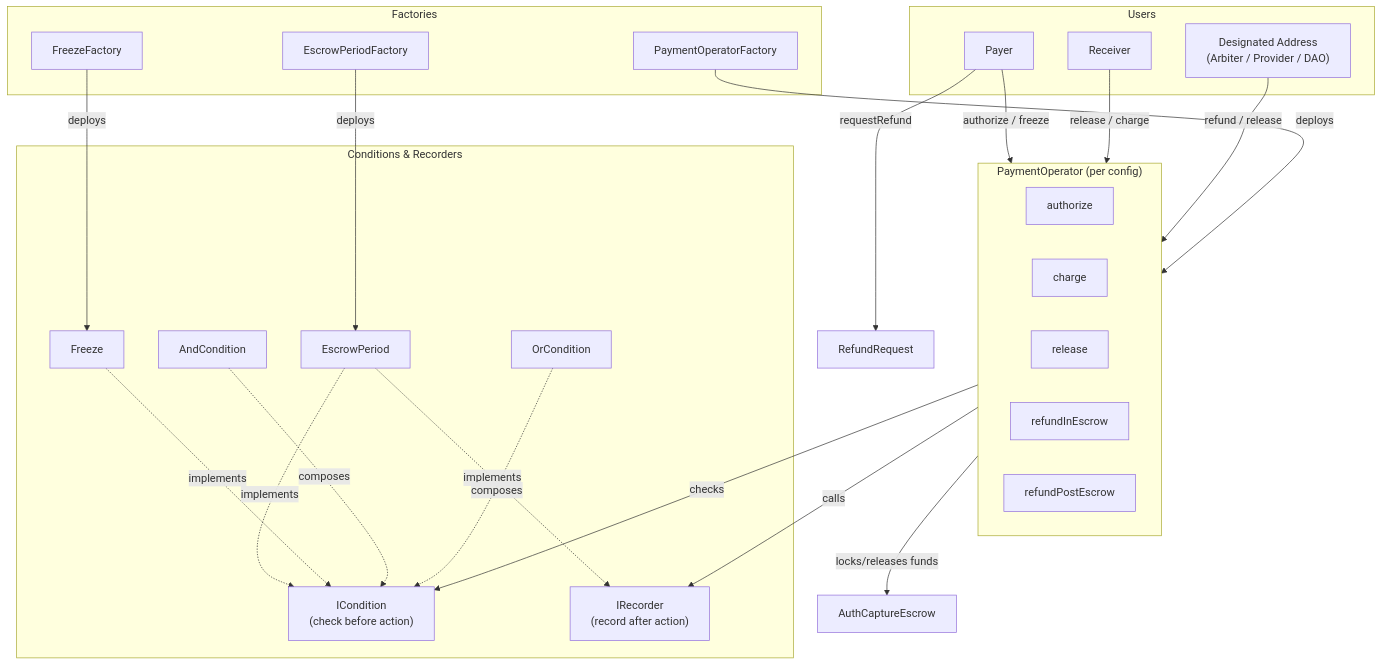
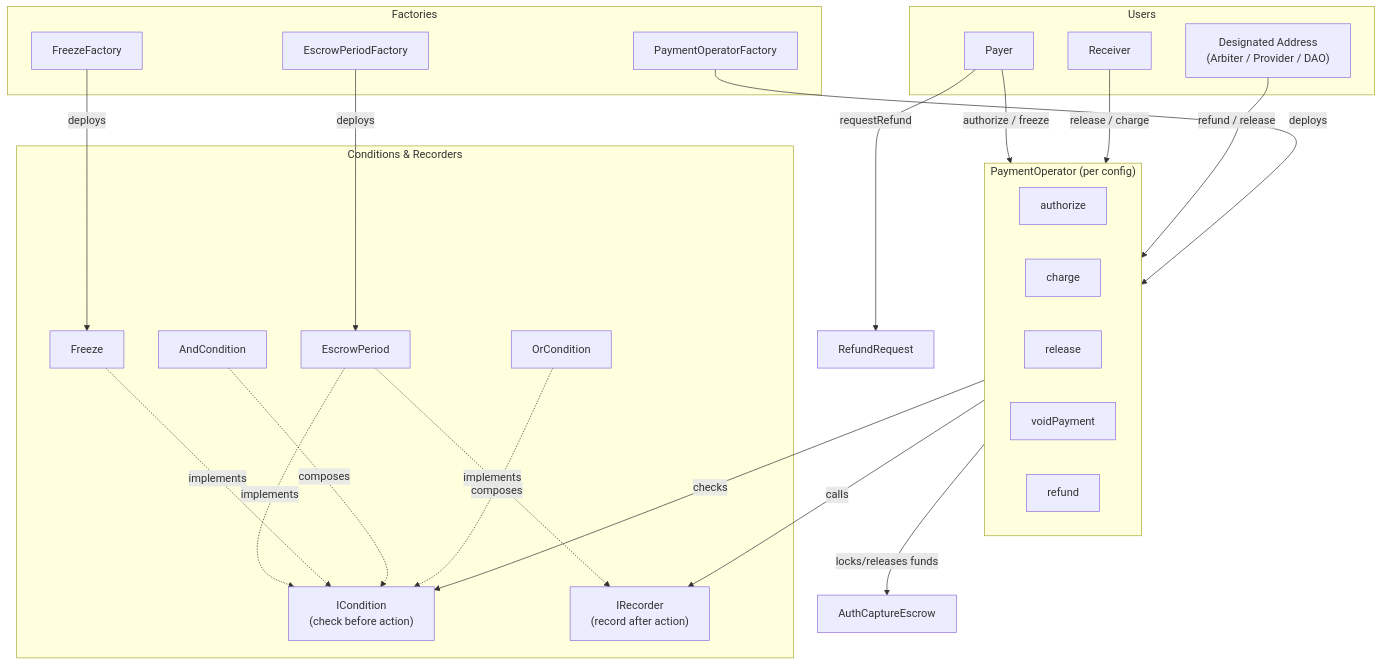
Before and after one commit to BackTrackCo/docs: the diagram in contracts/architecture.mdx, drawn with Mermaid. The commit also changed other lines of this file and 31 other files, not shown here.

````diff
--- a/contracts/architecture.mdx
+++ b/contracts/architecture.mdx
@@ -9,53 +9,53 @@
 ```mermaid
 flowchart TB
     subgraph Users
         Payer
         Receiver
         DesAddr["Designated Address<br/>(Arbiter / Provider / DAO)"]
     end
 
     subgraph Factories
         POF[PaymentOperatorFactory]
         EPF[EscrowPeriodFactory]
         FF[FreezeFactory]
     end
 
     subgraph Operator["PaymentOperator (per config)"]
         Auth[authorize]
         Charge[charge]
         Release[release]
-        RefundIE[refundInEscrow]
-        RefundPE[refundPostEscrow]
+        RefundIE[voidPayment]
+        RefundPE[refund]
     end
 
     subgraph Plugins["Conditions & Recorders"]
         Cond["ICondition<br/>(check before action)"]
         Rec["IRecorder<br/>(record after action)"]
         EP[EscrowPeriod]
         Freeze[Freeze]
         And[AndCondition]
         Or[OrCondition]
     end
 
     Escrow[AuthCaptureEscrow]
     RR[RefundRequest]
 
     Payer -->|authorize / freeze| Operator
     Receiver -->|release / charge| Operator
     DesAddr -->|refund / release| Operator
     Payer -->|requestRefund| RR
 
     POF -->|deploys| Operator
     EPF -->|deploys| EP
     FF -->|deploys| Freeze
 
     Operator -->|checks| Cond
     Operator -->|calls| Rec
     Operator -->|locks/releases funds| Escrow
 
     EP -.->|implements| Cond
     EP -.->|implements| Rec
     Freeze -.->|implements| Cond
     And -.->|composes| Cond
     Or -.->|composes| Cond
 ```
````
